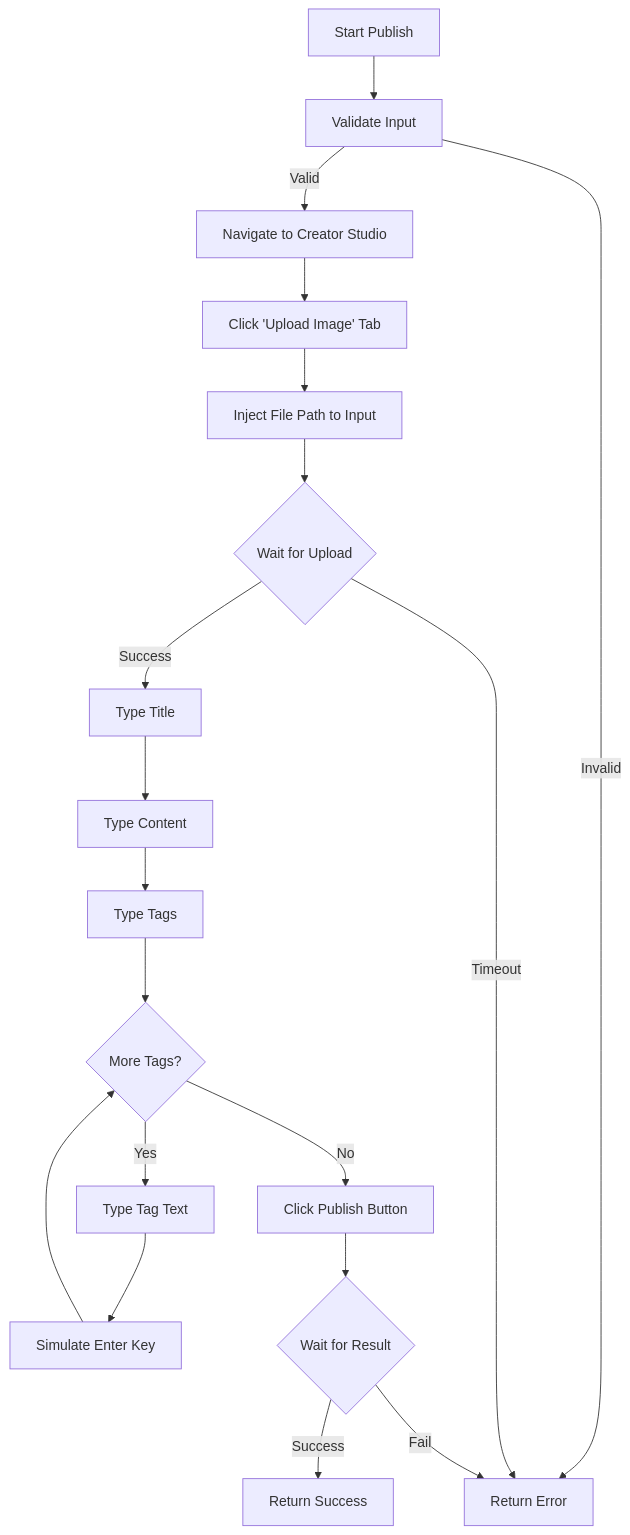
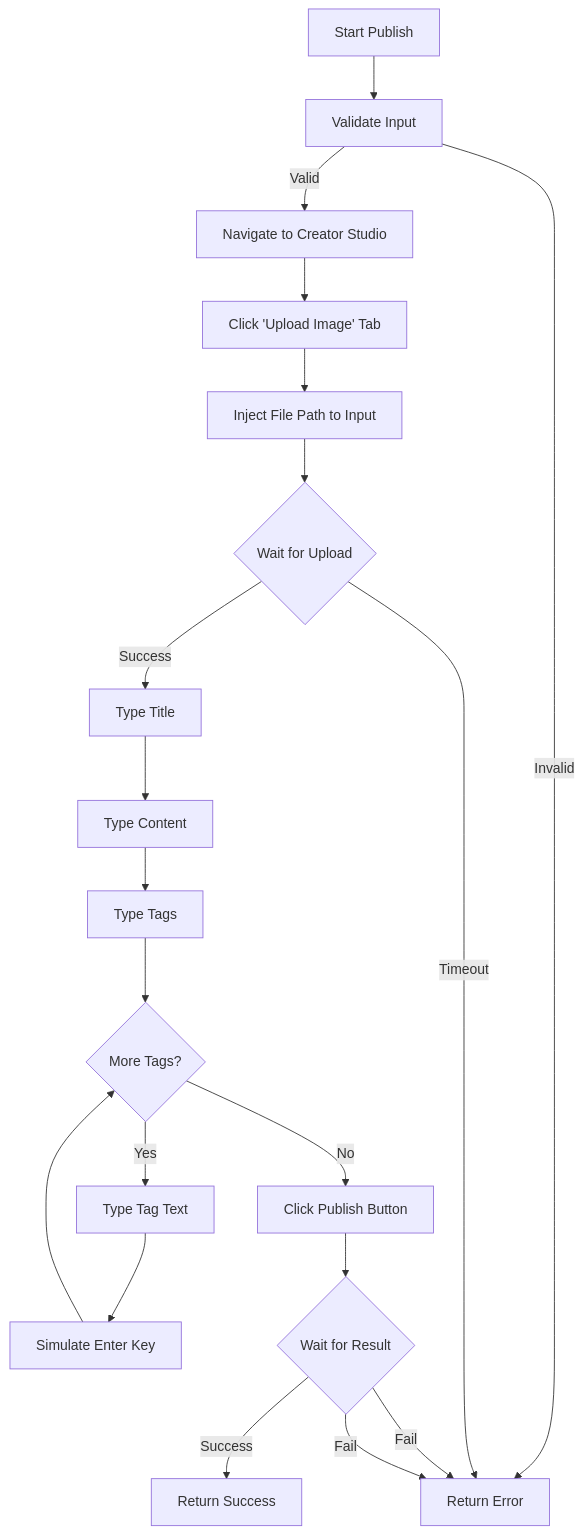
One commit to mming-peng/xiaohongshu-mcp changed the fourth of 4 diagrams in docs/DEVELOPMENT_GUIDE.md. Above: the diagram before and after it, drawn with Mermaid. The commit also changed other lines of this file and 8 other files, not shown here.

````diff
--- a/docs/DEVELOPMENT_GUIDE.md
+++ b/docs/DEVELOPMENT_GUIDE.md
@@ -198,27 +198,28 @@
 ```mermaid
 graph TD
     Start[Start Publish] --> Check[Validate Input]
     Check -->|Valid| Nav[Navigate to Creator Studio]
     Check -->|Invalid| Error[Return Error]
     
     Nav --> ClickTab[Click 'Upload Image' Tab]
     ClickTab --> Upload[Inject File Path to Input]
     
     Upload --> WaitUpload{Wait for Upload}
     WaitUpload -->|Success| FillTitle[Type Title]
     WaitUpload -->|Timeout| Error
     
     FillTitle --> FillContent[Type Content]
     FillContent --> FillTags[Type Tags]
     
     FillTags --> TagLoop{More Tags?}
     TagLoop -->|Yes| TypeTag[Type Tag Text]
     TypeTag --> PressEnter[Simulate Enter Key]
     PressEnter --> TagLoop
     
     TagLoop -->|No| ClickPublish[Click Publish Button]
     ClickPublish --> WaitResult{Wait for Result}
     
     WaitResult -->|Success| Finish[Return Success]
     WaitResult -->|Fail| Error
+    WaitResult -->|Fail| Error
 ```
````
